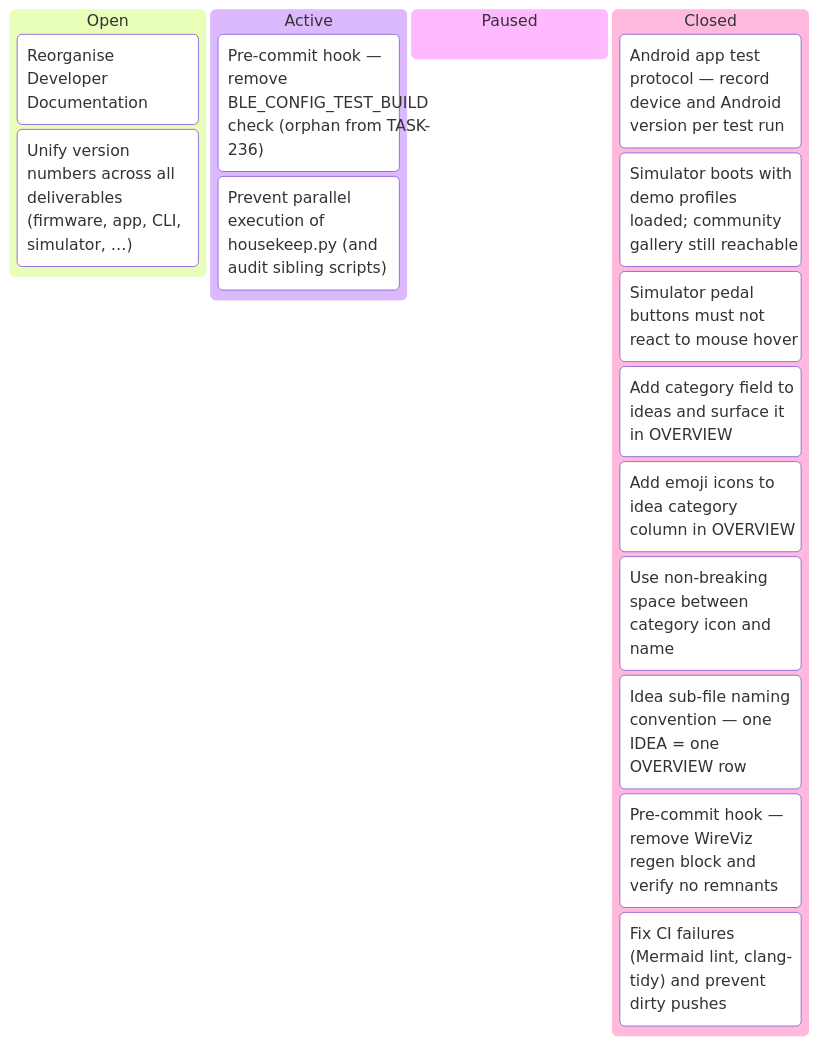
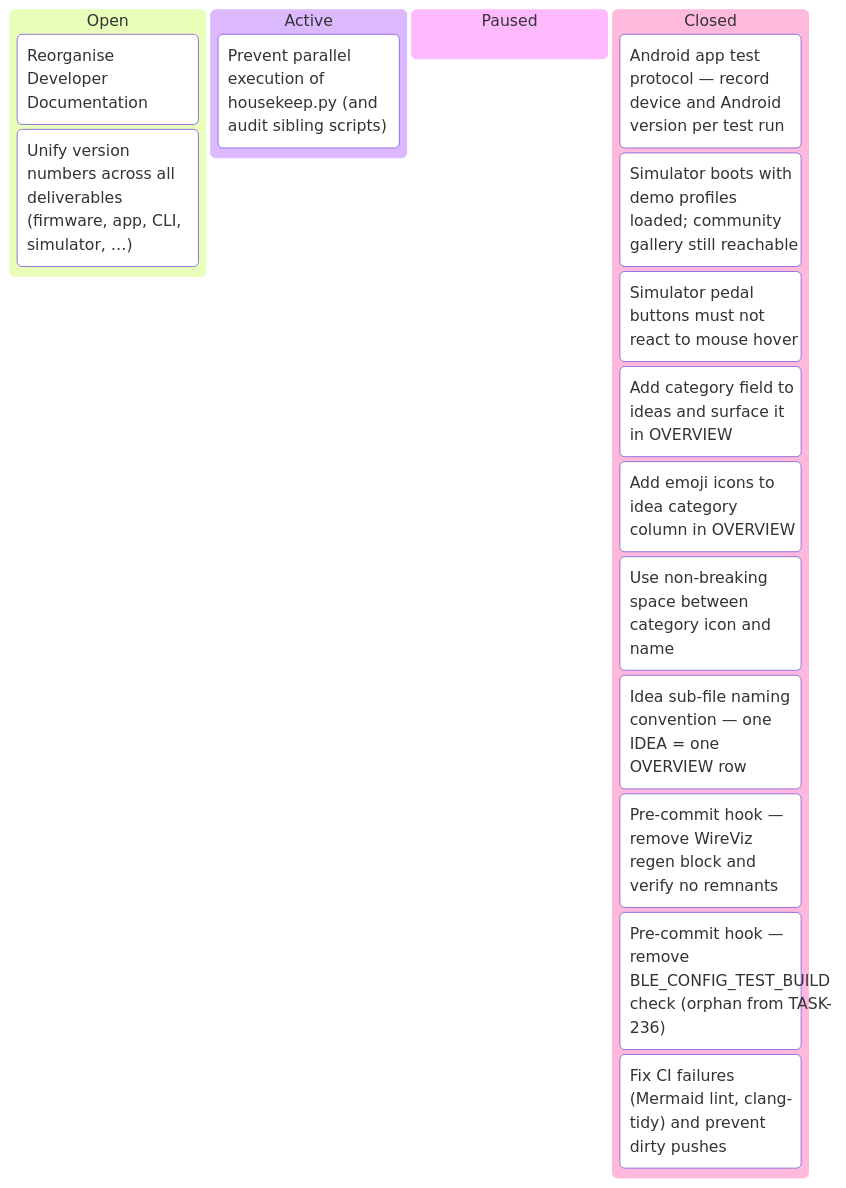
One commit to tgd1975/AwesomeStudioPedal changed the fifth of 5 diagrams in docs/developers/tasks/KANBAN.md. Above: the diagram before and after it, drawn with Mermaid. The commit also changed other lines of this file and 3 other files, not shown here.

First line of the commit message:
TASK-326: smoke-test AC met — replay bypass patterns on scratch branch

````diff
--- a/docs/developers/tasks/KANBAN.md
+++ b/docs/developers/tasks/KANBAN.md
@@ -73,20 +73,20 @@
 ```mermaid
 kanban
   Open
     TASK_148["Reorganise Developer Documentation"]
     TASK_260["Unify version numbers across all deliverables (firmware, app, CLI, simulator, …)"]
   Active
-    TASK_320["Pre-commit hook — remove BLE_CONFIG_TEST_BUILD check (orphan from TASK-236)"]
     TASK_328["Prevent parallel execution of housekeep.py (and audit sibling scripts)"]
   Paused
   Closed
     TASK_259["Android app test protocol — record device and Android version per test run"]
     TASK_303["Simulator boots with demo profiles loaded; community gallery still reachable"]
     TASK_304["Simulator pedal buttons must not react to mouse hover"]
     TASK_305["Add category field to ideas and surface it in OVERVIEW"]
     TASK_313["Add emoji icons to idea category column in OVERVIEW"]
     TASK_314["Use non-breaking space between category icon and name"]
     TASK_315["Idea sub-file naming convention — one IDEA = one OVERVIEW row"]
     TASK_319["Pre-commit hook — remove WireViz regen block and verify no remnants"]
+    TASK_320["Pre-commit hook — remove BLE_CONFIG_TEST_BUILD check (orphan from TASK-236)"]
     TASK_321["Fix CI failures (Mermaid lint, clang-tidy) and prevent dirty pushes"]
 ```
````
